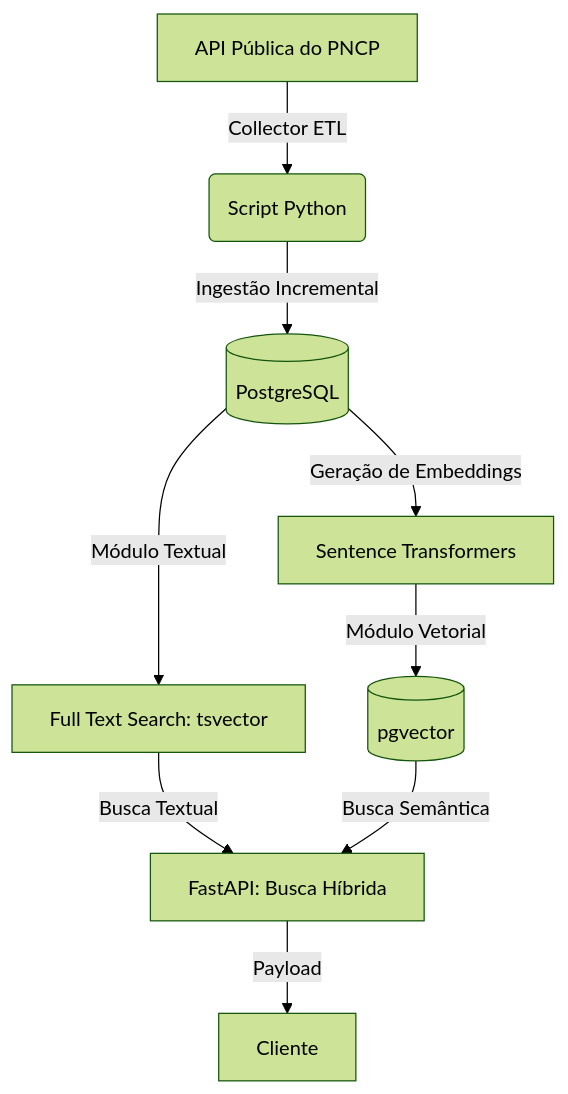
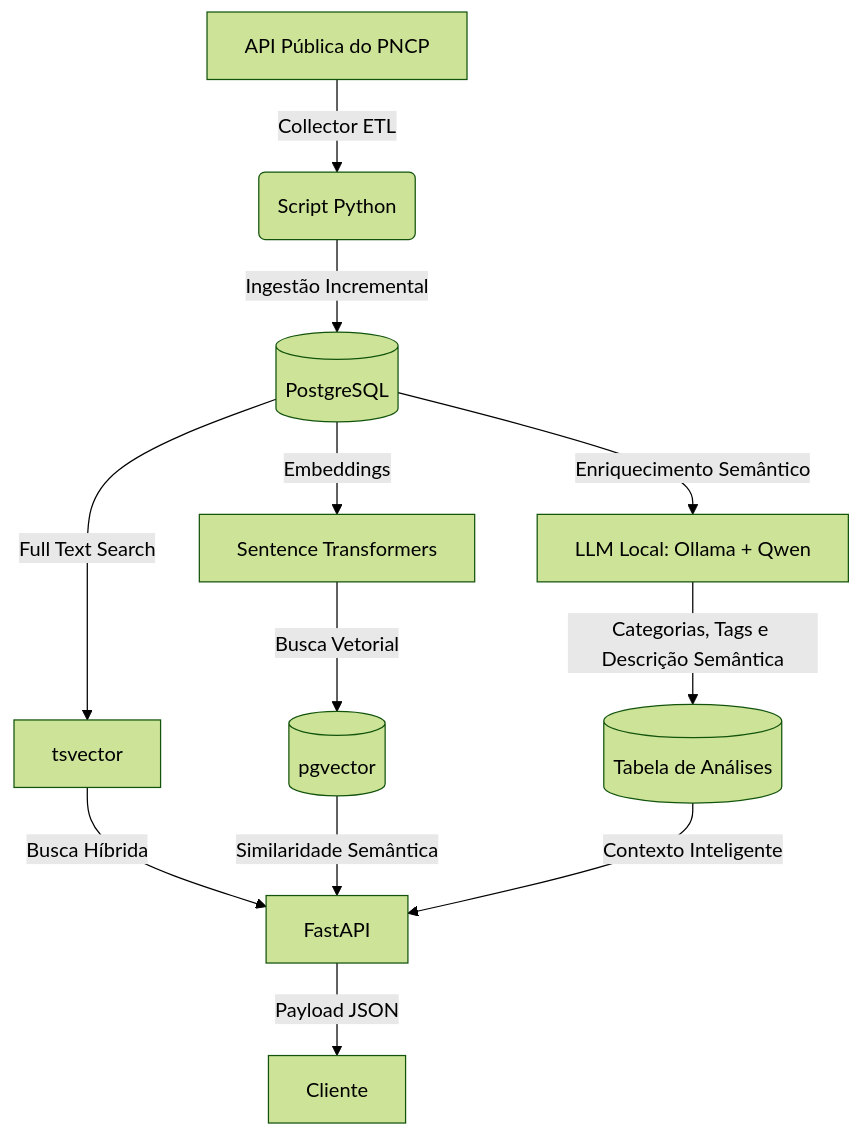
Before and after one commit to Fellyipe/pncp-semantic-search: the diagram in README.md, drawn with Mermaid (forest theme). The commit also changed other lines of this file, not shown here.

````diff
--- a/README.md
+++ b/README.md
@@ -32,14 +32,14 @@
 ```mermaid
 graph TD
     A[API Pública do PNCP] -->|Collector ETL| B(Script Python)
     B -->|Ingestão Incremental| C[(PostgreSQL)]
-    
-    C -->|Módulo Textual| F[Full Text Search: tsvector]
-    C -->|Geração de Embeddings| D[Sentence Transformers]
-    D -->|Módulo Vetorial| E[(pgvector)]
-    
-    F -->|Busca Textual| G[FastAPI: Busca Híbrida]
-    E -->|Busca Semântica| G
-    
-    G -->|Payload| H[Cliente]
+    C -->|Full Text Search| F[tsvector]
+    C -->|Embeddings| D[Sentence Transformers]
+    C -->|Enriquecimento Semântico| I[LLM Local: Ollama + Qwen]
+    I -->|Categorias, Tags e Descrição Semântica| J[(Tabela de Análises)]
+    D -->|Busca Vetorial| E[(pgvector)]
+    F -->|Busca Híbrida| G[FastAPI]
+    E -->|Similaridade Semântica| G
+    J -->|Contexto Inteligente| G
+    G -->|Payload JSON| H[Cliente]
 ```
````
